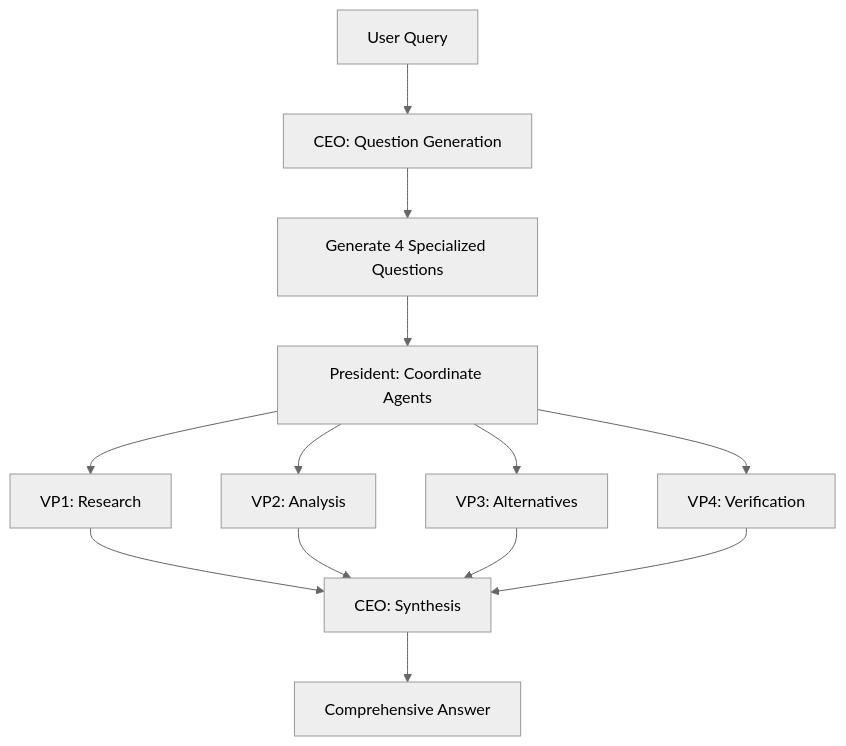
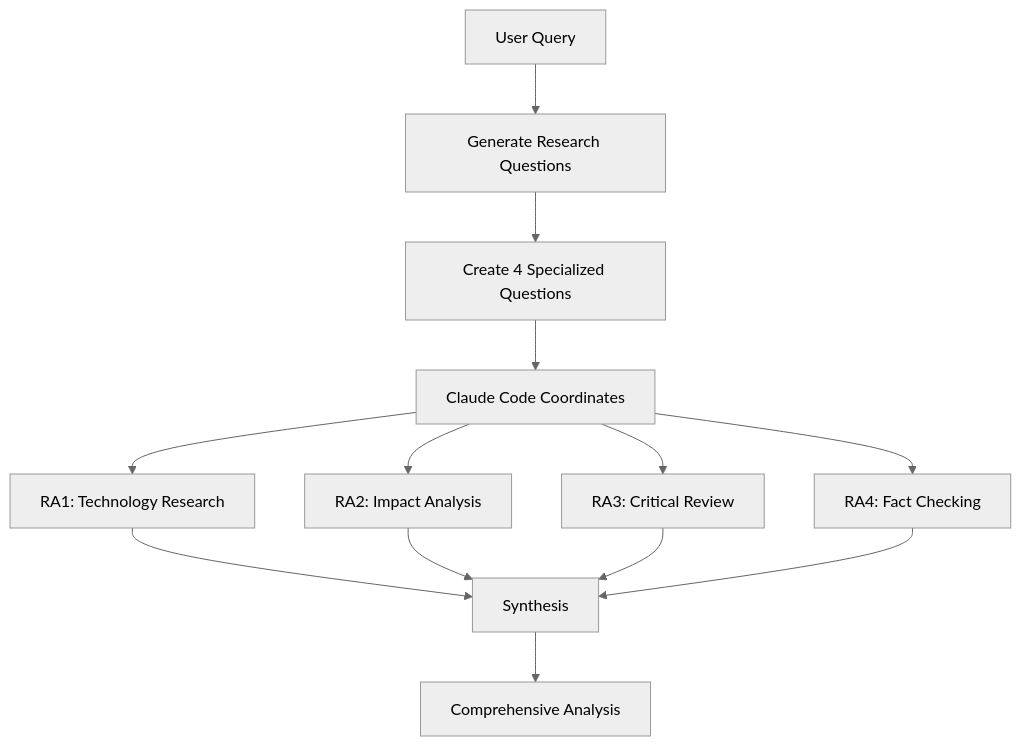
The diagram in README.md (LionGab/Lion), drawn with Mermaid (neutral theme) before and after one commit. The commit also changed other lines of this file and 9 other files, not shown here.

````diff
--- a/README.md
+++ b/README.md
@@ -38,15 +36,15 @@
 ```mermaid
 graph TD
-    A[User Query] --> B[CEO: Question Generation]
-    B --> C[Generate 4 Specialized Questions]
-    C --> D[President: Coordinate Agents]
-    D --> E[VP1: Research]
-    D --> F[VP2: Analysis]
-    D --> G[VP3: Alternatives]
-    D --> H[VP4: Verification]
-    E --> I[CEO: Synthesis]
+    A[User Query] --> B[Generate Research Questions]
+    B --> C[Create 4 Specialized Questions]
+    C --> D[Claude Code Coordinates]
+    D --> E[RA1: Technology Research]
+    D --> F[RA2: Impact Analysis]
+    D --> G[RA3: Critical Review]
+    D --> H[RA4: Fact Checking]
+    E --> I[Synthesis]
     F --> I
     G --> I
     H --> I
-    I --> J[Comprehensive Answer]
+    I --> J[Comprehensive Analysis]
 ```
````
